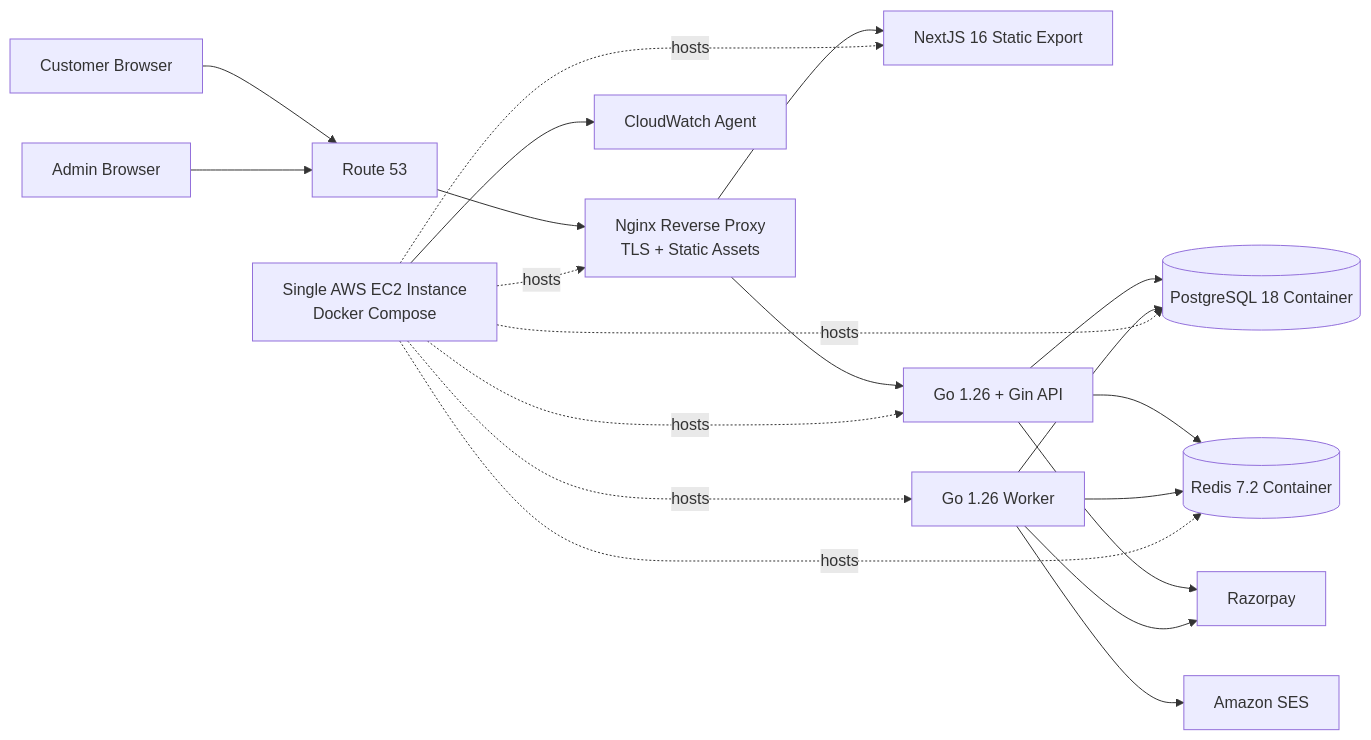
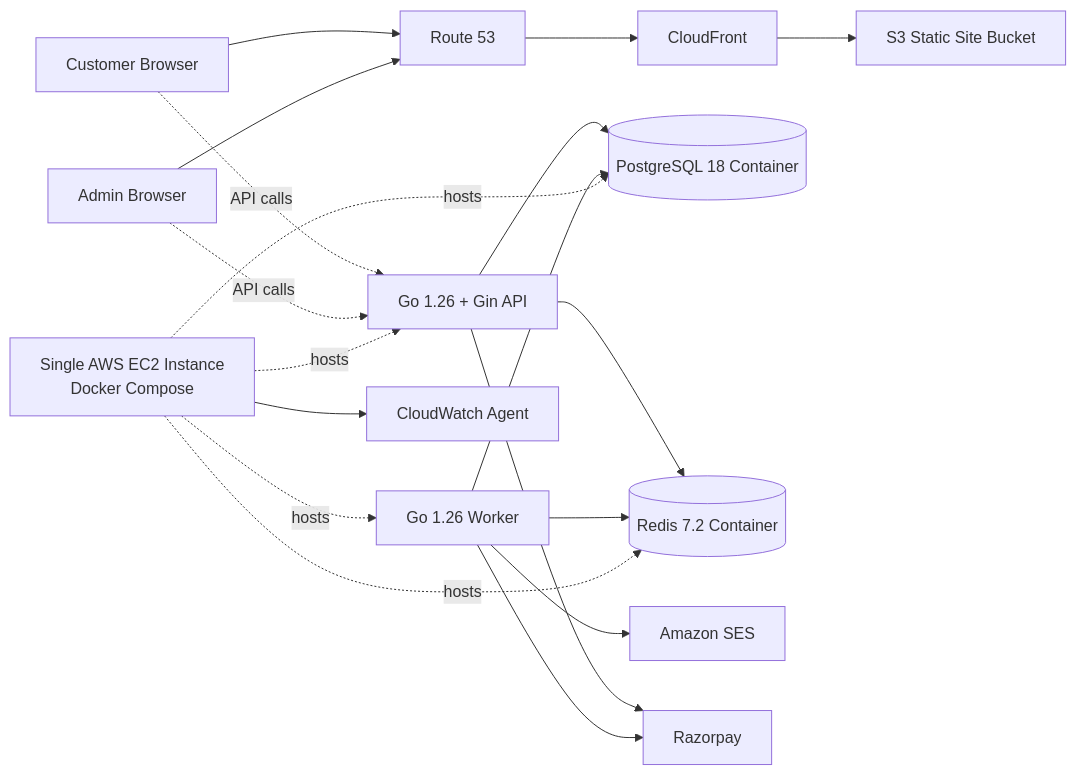
Before and after one commit to dinesh24murali/vibecode-framework-version1-e-commerce-codex: the first of 3 diagrams in docs/02_outputs/03_tech_architecture.md, drawn with Mermaid. The commit also changed other lines of this file and 6 other files, not shown here.

Commit message:
Fix: corrections to tech architecture;

````diff
--- a/docs/02_outputs/03_tech_architecture.md
+++ b/docs/02_outputs/03_tech_architecture.md
@@ -11,36 +11,35 @@
 ```mermaid
 flowchart LR
     U[Customer Browser]
     A[Admin Browser]
     DNS[Route 53]
+    CF[CloudFront]
+    S3[S3 Static Site Bucket]
     EC2[Single AWS EC2 Instance\nDocker Compose]
-    NGINX[Nginx Reverse Proxy\nTLS + Static Assets]
-    FE[NextJS 16 Static Export]
     API[Go 1.26 + Gin API]
     WORKER[Go 1.26 Worker]
     POSTGRES[(PostgreSQL 18 Container)]
     REDIS[(Redis 7.2 Container)]
     SES[Amazon SES]
     PSP[Razorpay]
     CW[CloudWatch Agent]
 
     U --> DNS
     A --> DNS
-    DNS --> NGINX
-    NGINX --> FE
-    NGINX --> API
+    DNS --> CF
+    CF --> S3
+    U -. API calls .-> API
+    A -. API calls .-> API
     API --> POSTGRES
     API --> REDIS
     API --> PSP
     WORKER --> REDIS
     WORKER --> POSTGRES
     WORKER --> SES
     WORKER --> PSP
-    EC2 -. hosts .-> NGINX
-    EC2 -. hosts .-> FE
     EC2 -. hosts .-> API
     EC2 -. hosts .-> WORKER
     EC2 -. hosts .-> POSTGRES
     EC2 -. hosts .-> REDIS
     EC2 --> CW
 ```
````
